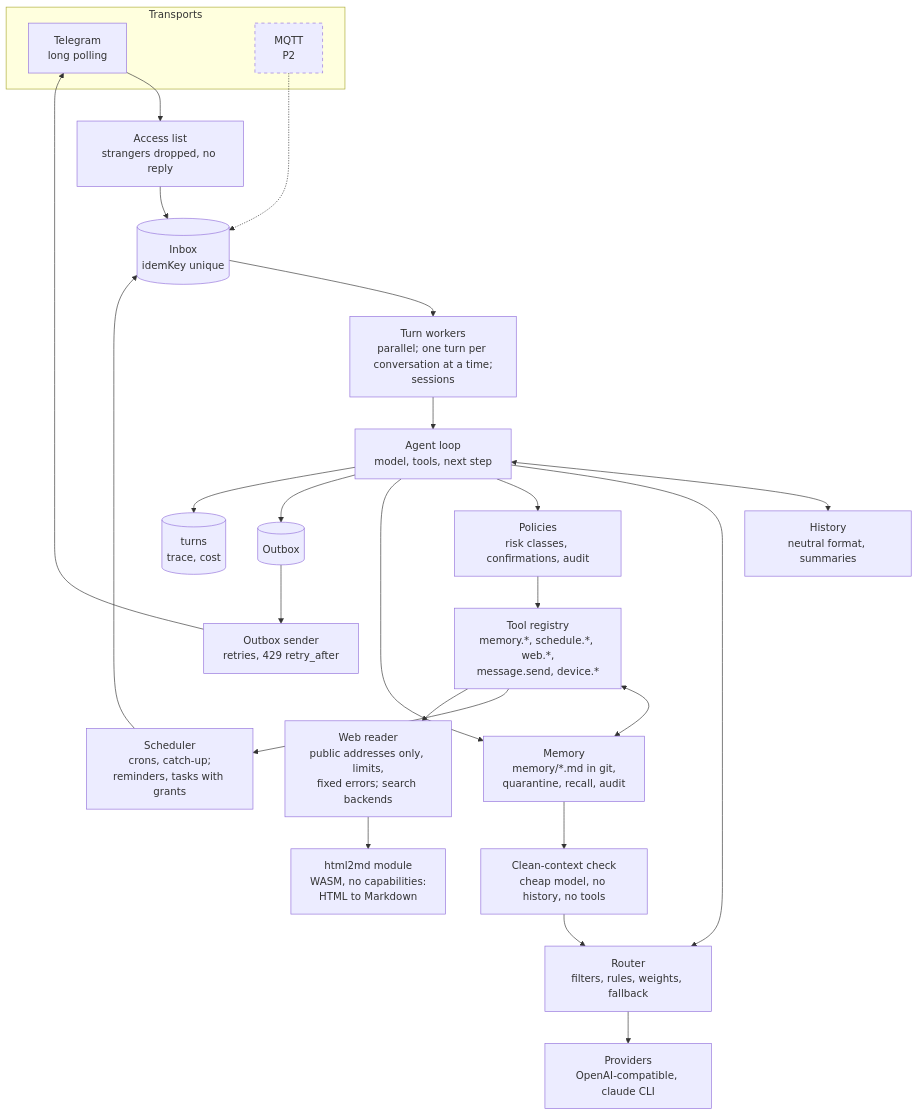
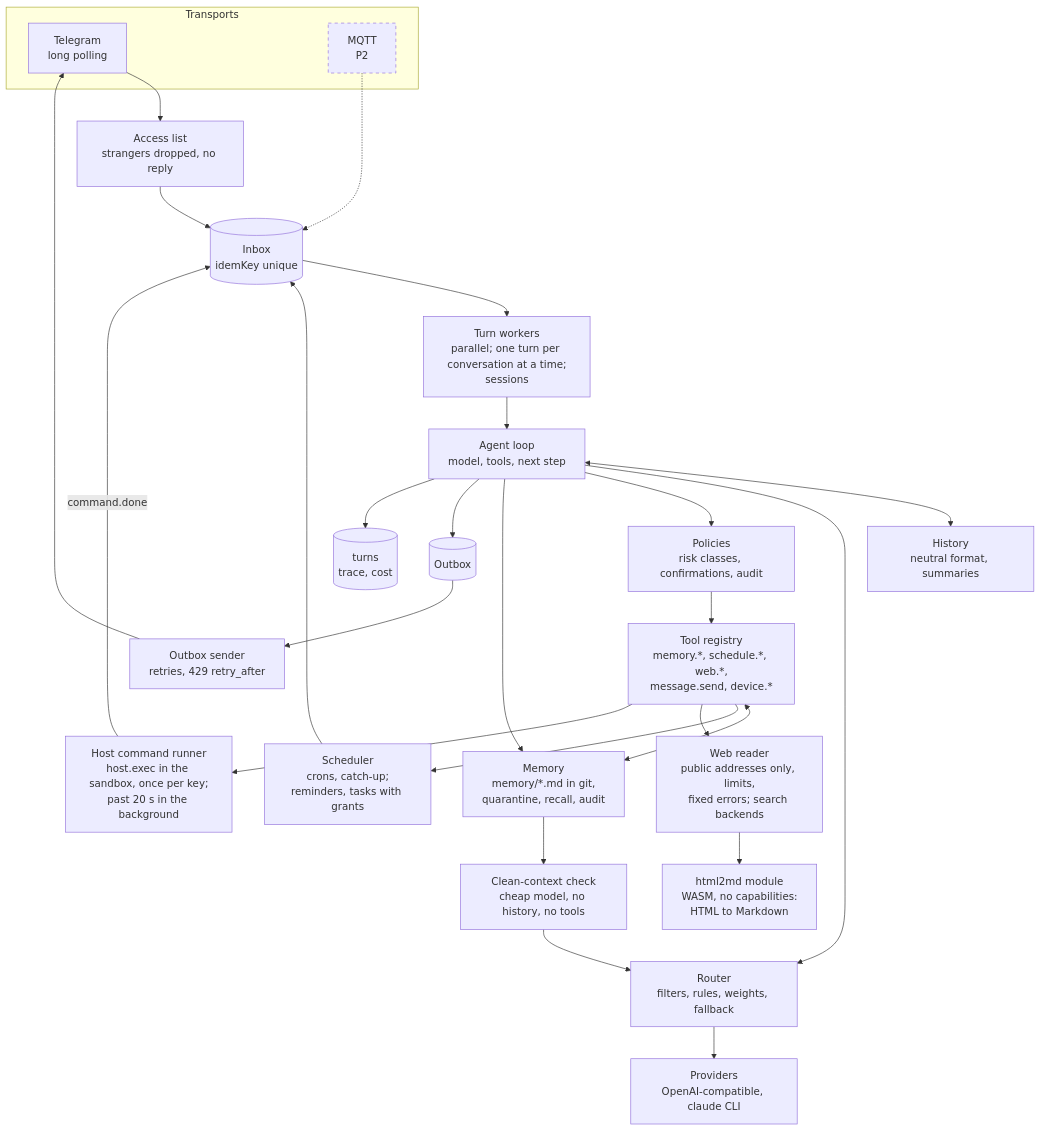
The first of 3 diagrams in docs/architecture/03-components.md (igorrius/ganglion), drawn with Mermaid before and after one commit. The commit also changed other lines of this file and 28 other files, not shown here.

First line of the commit message:
agent: a host command past 20 s goes on in the background; its end resumes the conversation

````diff
--- a/docs/architecture/03-components.md
+++ b/docs/architecture/03-components.md
@@ -8,51 +8,54 @@
 ```mermaid
 flowchart TB
     subgraph transports["Transports"]
         tgt["Telegram<br/>long polling"]
         mqt["MQTT<br/>P2"]
     end
 
     acl["Access list<br/>strangers dropped, no reply"]
     inbox[("Inbox<br/>idemKey unique")]
     actors["Turn workers<br/>parallel; one turn per conversation at a time;<br/>sessions"]
     loop["Agent loop<br/>model, tools, next step"]
     history["History<br/>neutral format, summaries"]
     router["Router<br/>filters, rules, weights, fallback"]
     providers["Providers<br/>OpenAI-compatible, claude CLI"]
     tools["Tool registry<br/>memory.*, schedule.*, web.*,<br/>message.send, device.*"]
     web["Web reader<br/>public addresses only, limits,<br/>fixed errors; search backends"]
     html2md["html2md module<br/>WASM, no capabilities:<br/>HTML to Markdown"]
     policies["Policies<br/>risk classes, confirmations, audit"]
     memory["Memory<br/>memory/*.md in git,<br/>quarantine, recall, audit"]
     guard["Clean-context check<br/>cheap model, no history, no tools"]
     sched["Scheduler<br/>crons, catch-up;<br/>reminders, tasks with grants"]
+    hostrun["Host command runner<br/>host.exec in the sandbox, once per key;<br/>past 20 s in the background"]
     outbox[("Outbox")]
     sender["Outbox sender<br/>retries, 429 retry_after"]
     turns[("turns<br/>trace, cost")]
 
     tgt --> acl
     acl --> inbox
     mqt -.-> inbox
     sched --> inbox
     inbox --> actors
     actors --> loop
     loop <--> history
     loop --> router
     router --> providers
     loop --> policies
     policies --> tools
     tools <--> memory
     loop --> memory
     memory --> guard
     guard --> router
     tools --> sched
     tools --> web
+    tools --> hostrun
+    hostrun -- "command.done" --> inbox
     web --> html2md
     loop --> outbox
     loop --> turns
     outbox --> sender
     sender --> tgt
 
     classDef planned stroke-dasharray: 5 5
     class mqt planned
 ```
````
